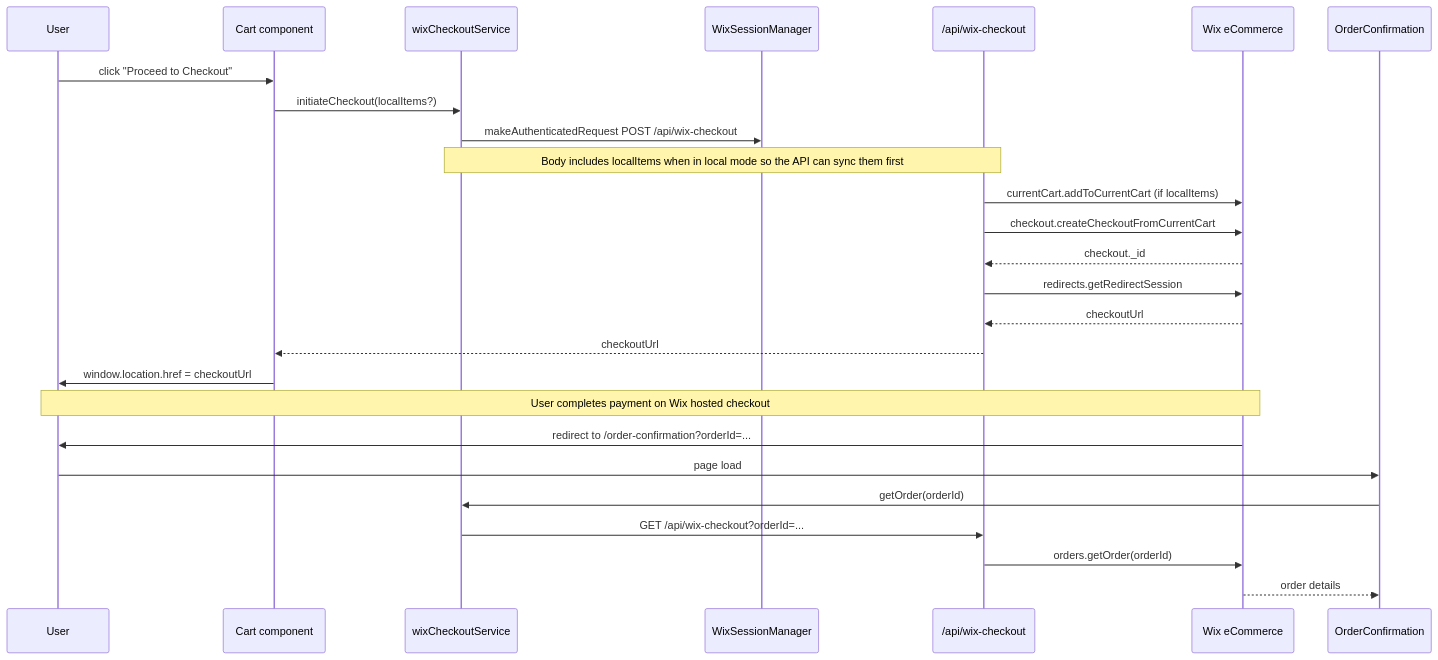
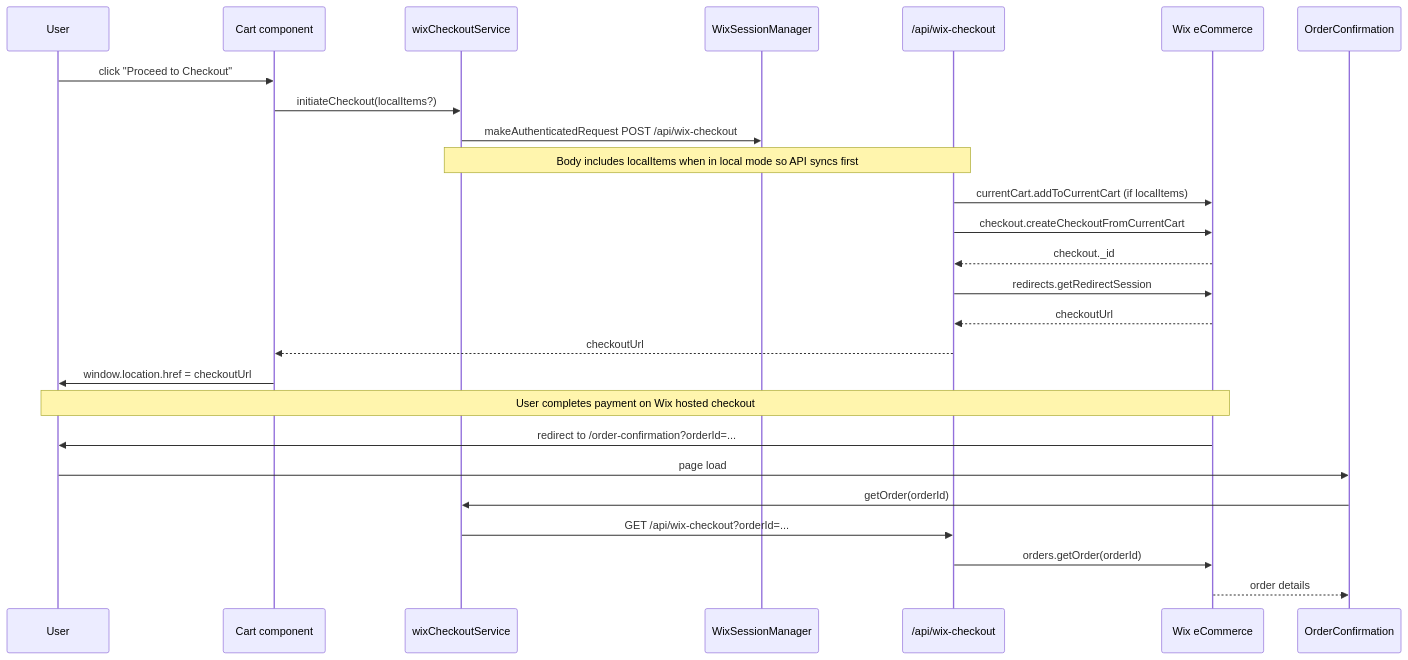
One commit to ricardoblackskye/WebFeedPOC changed the eighth of 11 diagrams in ARCHITECTURE.md. Above: the diagram before and after it, drawn with Mermaid. The commit also changed other lines of this file and 11 other files, not shown here.

First line of the commit message:
feat(docs): render ARCHITECTURE.md with Mermaid.js charts at /architecture (#87) (#89)

````diff
--- a/ARCHITECTURE.md
+++ b/ARCHITECTURE.md
@@ -234,29 +240,29 @@
 ```mermaid
 sequenceDiagram
   participant User
   participant Cart as Cart component
   participant CheckoutSvc as wixCheckoutService
   participant WixSession as WixSessionManager
   participant CheckoutAPI as /api/wix-checkout
   participant WixEcom as Wix eCommerce
 
   User->>Cart: click "Proceed to Checkout"
   Cart->>CheckoutSvc: initiateCheckout(localItems?)
   CheckoutSvc->>WixSession: makeAuthenticatedRequest POST /api/wix-checkout
-  note over CheckoutSvc,CheckoutAPI: Body includes localItems when in local mode so the API can sync them first
+  note over CheckoutSvc,CheckoutAPI: Body includes localItems when in local mode so API syncs first
   CheckoutAPI->>WixEcom: currentCart.addToCurrentCart (if localItems)
   CheckoutAPI->>WixEcom: checkout.createCheckoutFromCurrentCart
   WixEcom-->>CheckoutAPI: checkout._id
   CheckoutAPI->>WixEcom: redirects.getRedirectSession
   WixEcom-->>CheckoutAPI: checkoutUrl
   CheckoutAPI-->>Cart: checkoutUrl
   Cart->>User: window.location.href = checkoutUrl
 
   note over User,WixEcom: User completes payment on Wix hosted checkout
   WixEcom->>User: redirect to /order-confirmation?orderId=...
   User->>OrderConfirmation: page load
   OrderConfirmation->>CheckoutSvc: getOrder(orderId)
   CheckoutSvc->>CheckoutAPI: GET /api/wix-checkout?orderId=...
   CheckoutAPI->>WixEcom: orders.getOrder(orderId)
   WixEcom-->>OrderConfirmation: order details
 ```
````
